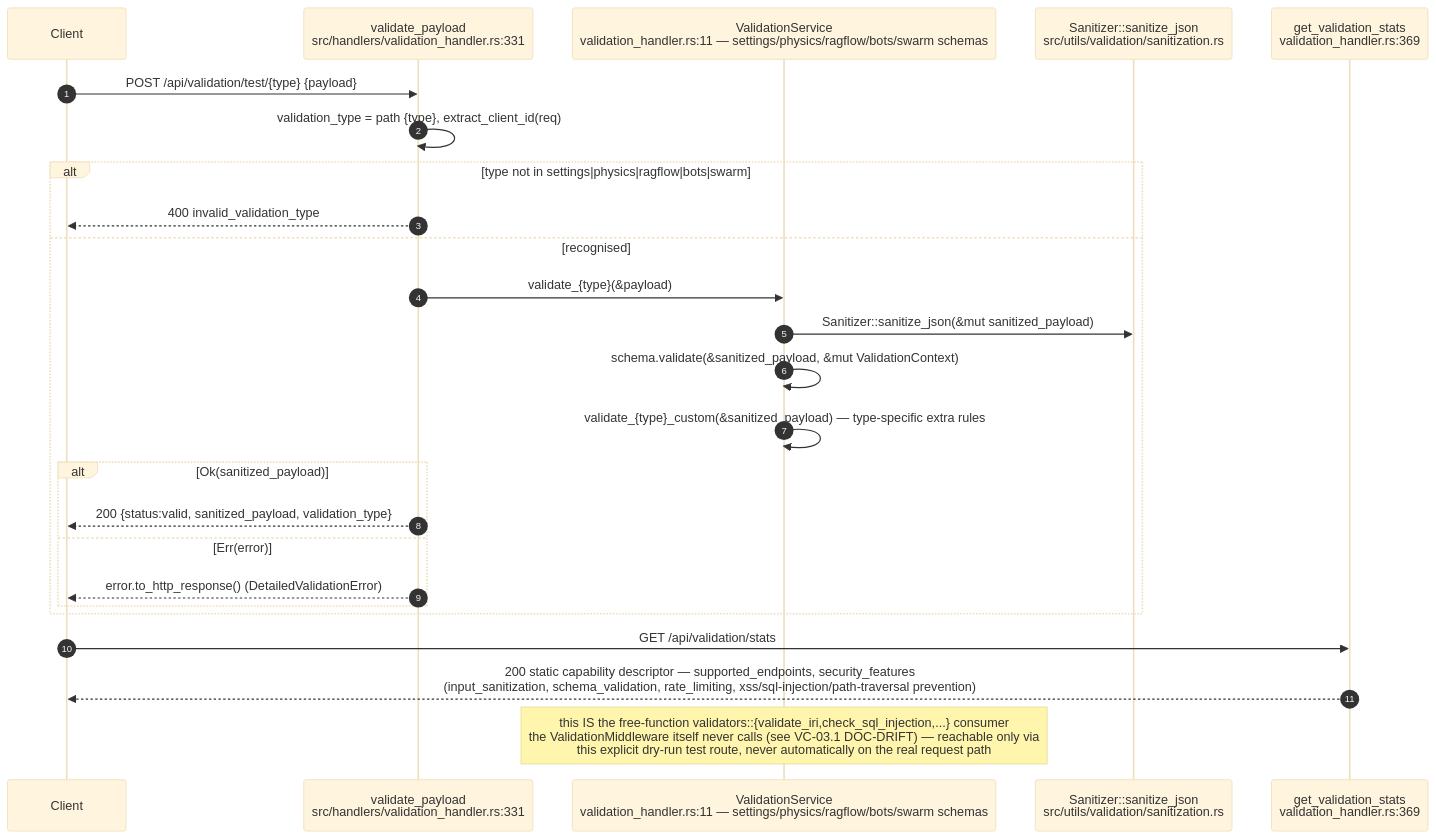
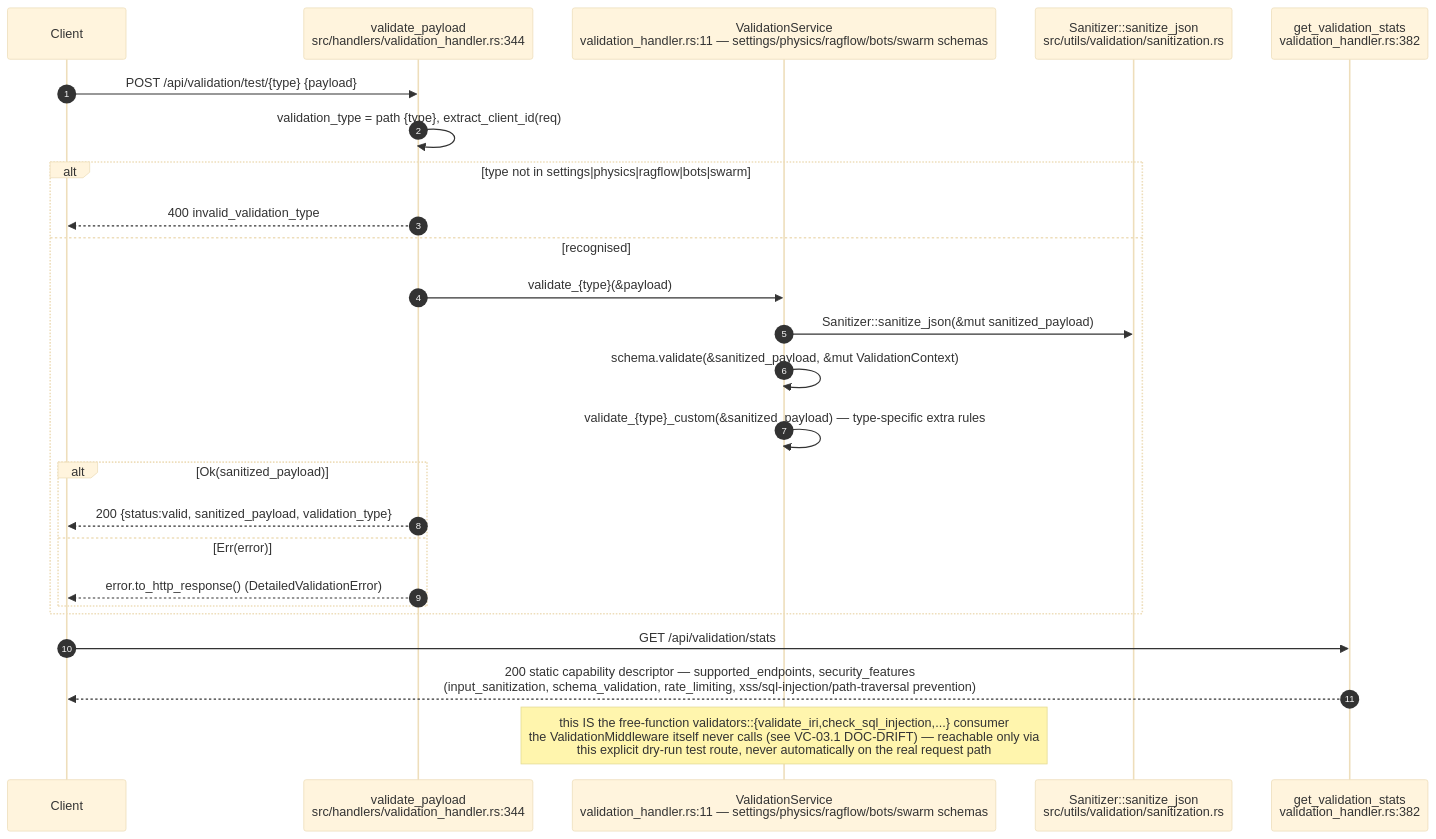
Diagram 16 of 23 in docs/diagrams/visionclaw/04-handlers-graph-and-state.md (DreamLab-AI/VisionFlow), drawn with Mermaid (base theme) before and after one commit. The commit also changed other lines of this file and 4 other files, not shown here.

Commit message:
docs(diagrams): visionclaw 01 and 04 after the graph_state_handler removal

````diff
--- a/docs/diagrams/visionclaw/04-handlers-graph-and-state.md
+++ b/docs/diagrams/visionclaw/04-handlers-graph-and-state.md
@@ -812,28 +778,28 @@
 ```mermaid
 sequenceDiagram
     autonumber
     participant C as Client
-    participant VP as validate_payload<br/>src/handlers/validation_handler.rs:331
+    participant VP as validate_payload<br/>src/handlers/validation_handler.rs:344
     participant VS as ValidationService<br/>validation_handler.rs:11 — settings/physics/ragflow/bots/swarm schemas
     participant SAN as Sanitizer::sanitize_json<br/>src/utils/validation/sanitization.rs
-    participant GS as get_validation_stats<br/>validation_handler.rs:369
+    participant GS as get_validation_stats<br/>validation_handler.rs:382
 
     C->>VP: POST /api/validation/test/{type} {payload}
     VP->>VP: validation_type = path {type}, extract_client_id(req)
     alt type not in settings|physics|ragflow|bots|swarm
         VP-->>C: 400 invalid_validation_type
     else recognised
         VP->>VS: validate_{type}(&payload)
         VS->>SAN: Sanitizer::sanitize_json(&mut sanitized_payload)
         VS->>VS: schema.validate(&sanitized_payload, &mut ValidationContext)
         VS->>VS: validate_{type}_custom(&sanitized_payload) — type-specific extra rules
         alt Ok(sanitized_payload)
             VP-->>C: 200 {status:valid, sanitized_payload, validation_type}
         else Err(error)
             VP-->>C: error.to_http_response() (DetailedValidationError)
         end
     end
     C->>GS: GET /api/validation/stats
     GS-->>C: 200 static capability descriptor — supported_endpoints, security_features<br/>(input_sanitization, schema_validation, rate_limiting, xss/sql-injection/path-traversal prevention)
     Note over VS: this IS the free-function validators::{validate_iri,check_sql_injection,...} consumer<br/>the ValidationMiddleware itself never calls (see VC-03.1 DOC-DRIFT) — reachable only via<br/>this explicit dry-run test route, never automatically on the real request path
 ```
````
